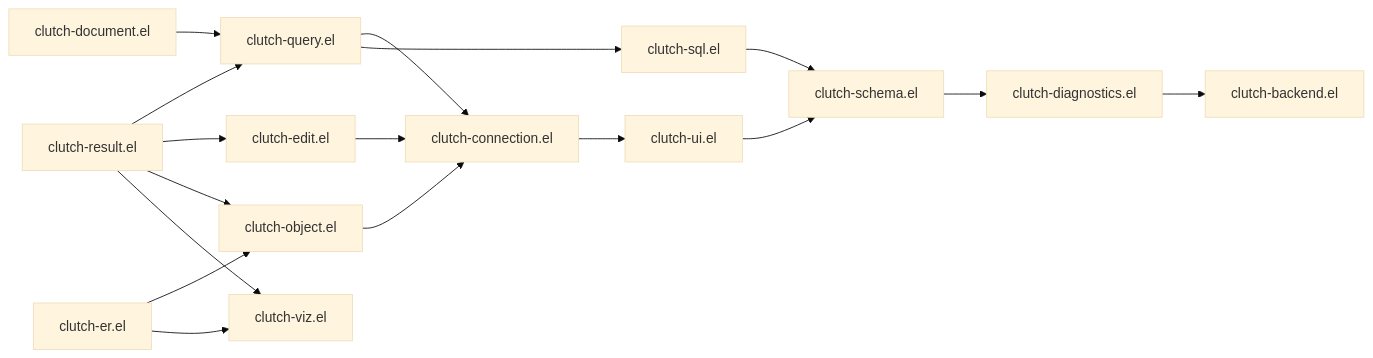
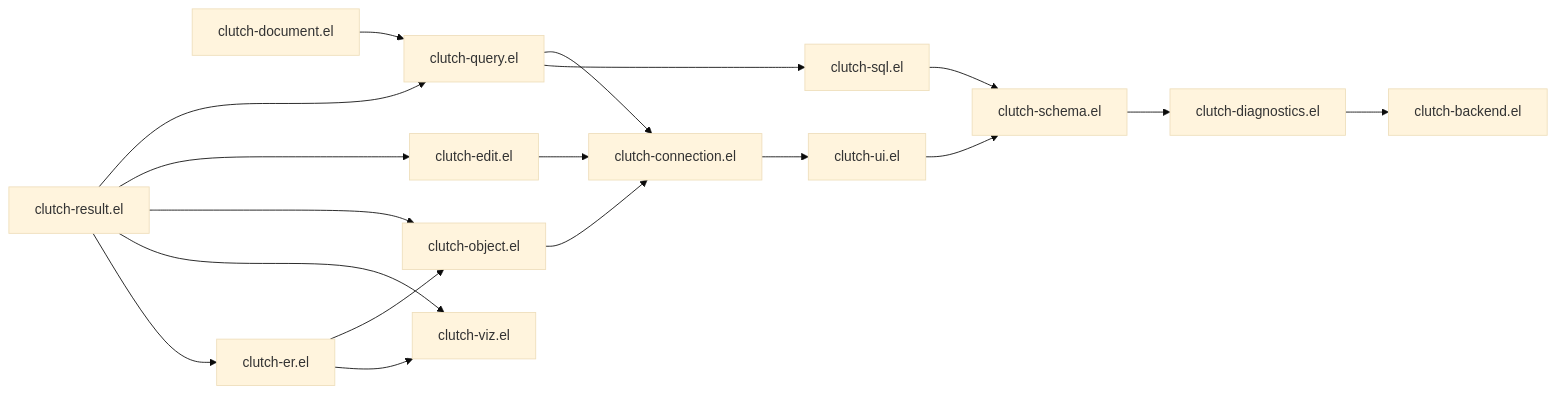
Before and after one commit to LuciusChen/clutch: the second of 7 diagrams in docs/architecture.md, drawn with Mermaid (base theme). The commit also changed other lines of this file and 9 other files, not shown here.

First line of the commit message:
feat: add relations to the ER view by hand

````diff
--- a/docs/architecture.md
+++ b/docs/architecture.md
@@ -93,33 +93,34 @@
 ```mermaid
 flowchart LR
   Backend["clutch-backend.el"]
   Diagnostics["clutch-diagnostics.el"]
   Schema["clutch-schema.el"]
   UI["clutch-ui.el"]
   SQL["clutch-sql.el"]
   Conn["clutch-connection.el"]
   Query["clutch-query.el"]
   Document["clutch-document.el"]
   Edit["clutch-edit.el"]
   Object["clutch-object.el"]
   Result["clutch-result.el"]
   ER["clutch-er.el"]
   Viz["clutch-viz.el"]
 
   Diagnostics --> Backend
   Schema --> Diagnostics
   UI --> Schema
   SQL --> Schema
   Conn --> UI
   Query --> Conn
   Query --> SQL
   Document --> Query
   Edit --> Conn
   Object --> Conn
   Result --> Query
   Result --> Edit
   Result --> Object
   Result --> Viz
+  Result --> ER
   ER --> Object
   ER --> Viz
 ```
````
